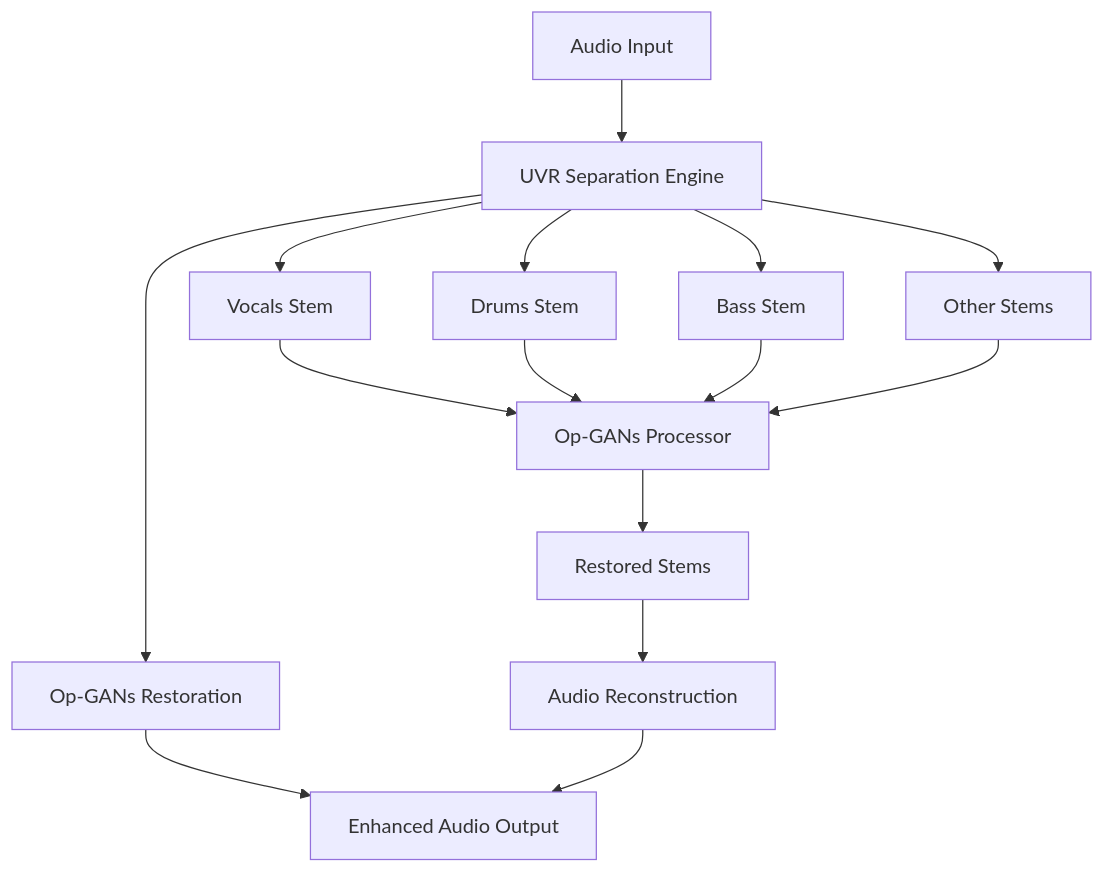
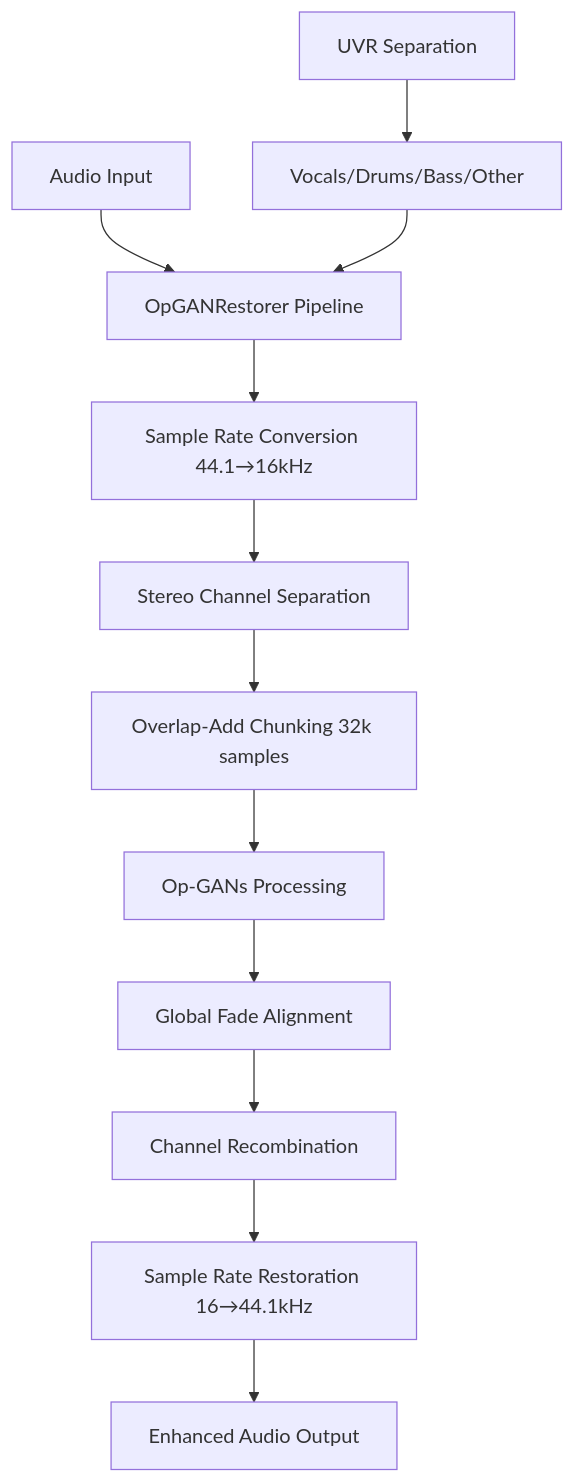
Before and after one commit to jacob7choi-xyz/harmonyrestorer-v1: the diagram in README.md, drawn with Mermaid. The commit also changed other lines of this file and 6 other files, not shown here.

````diff
--- a/README.md
+++ b/README.md
@@ -37,20 +41,15 @@
 ```mermaid
 graph TD
-    A[Audio Input] --> B[UVR Separation Engine]
-    B --> C[Op-GANs Restoration]
-    C --> D[Enhanced Audio Output]
+    A[Audio Input] --> B[OpGANRestorer Pipeline]
+    B --> C[Sample Rate Conversion 44.1→16kHz]
+    C --> D[Stereo Channel Separation]
+    D --> E[Overlap-Add Chunking 32k samples]
+    E --> F[Op-GANs Processing]
+    F --> G[Global Fade Alignment]
+    G --> H[Channel Recombination]
+    H --> I[Sample Rate Restoration 16→44.1kHz]
+    I --> J[Enhanced Audio Output]
     
-    B --> E[Vocals Stem]
-    B --> F[Drums Stem] 
-    B --> G[Bass Stem]
-    B --> H[Other Stems]
-    
-    E --> I[Op-GANs Processor]
-    F --> I
-    G --> I
-    H --> I
-    
-    I --> J[Restored Stems]
-    J --> K[Audio Reconstruction]
-    K --> D
+    K[UVR Separation] --> L[Vocals/Drums/Bass/Other]
+    L --> B
 ```
````
